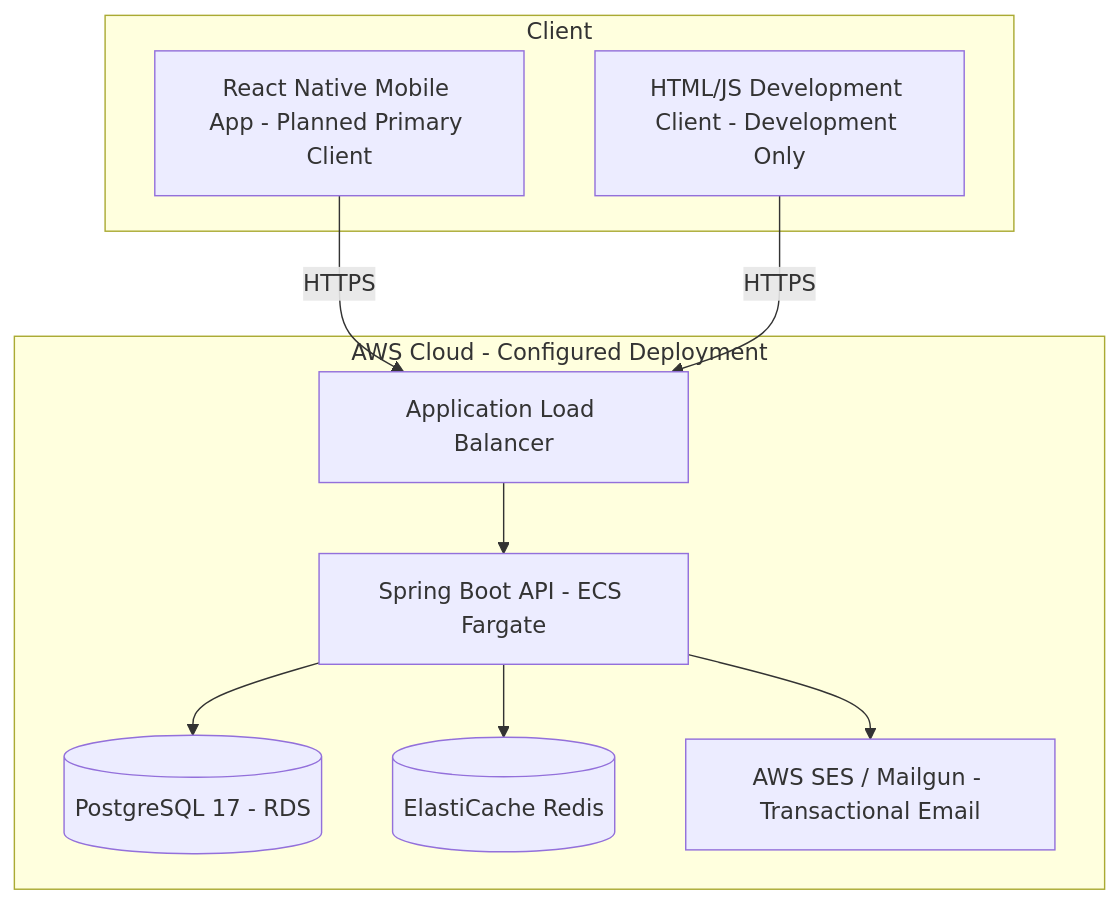
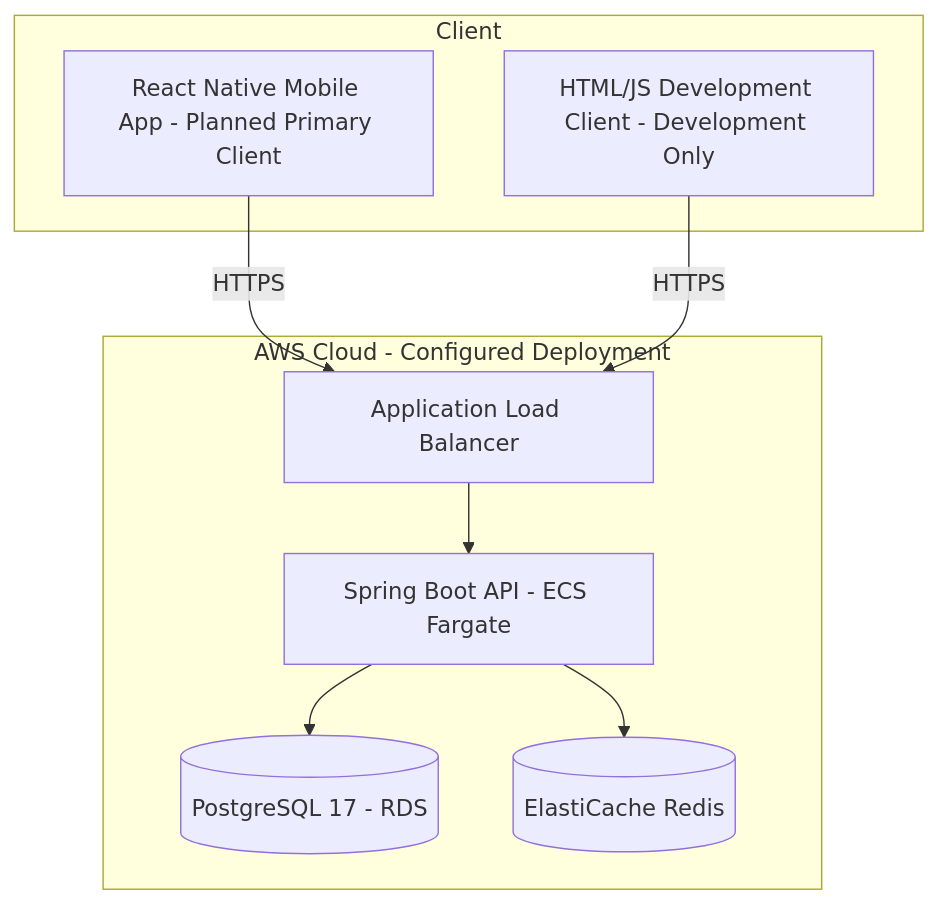
Before and after one commit to Abdalla312/The-Big-Brother-App: the second of 2 diagrams in README.md, drawn with Mermaid. The commit also changed other lines of this file and 1 other file, not shown here.

````diff
--- a/README.md
+++ b/README.md
@@ -365,22 +381,20 @@
 ```mermaid
 graph TB
     subgraph Client["Client"]
         M["React Native Mobile App - Planned Primary Client"]
         D["HTML/JS Development Client - Development Only"]
     end
 
     subgraph AWS["AWS Cloud - Configured Deployment"]
         LB["Application Load Balancer"]
         API["Spring Boot API - ECS Fargate"]
         DB[("PostgreSQL 17 - RDS")]
         CACHE[("ElastiCache Redis")]
-        SES["AWS SES / Mailgun - Transactional Email"]
     end
 
     M -->|HTTPS| LB
     D -->|HTTPS| LB
     LB --> API
     API --> DB
     API --> CACHE
-    API --> SES
 ```
````
